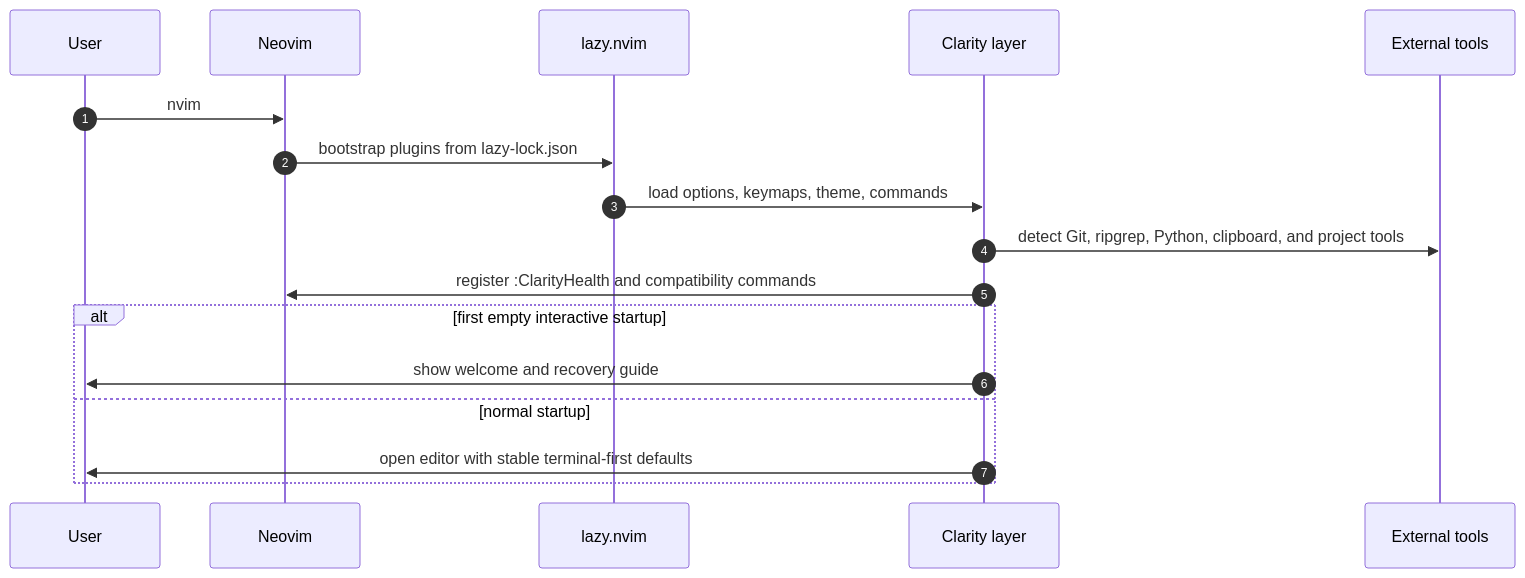
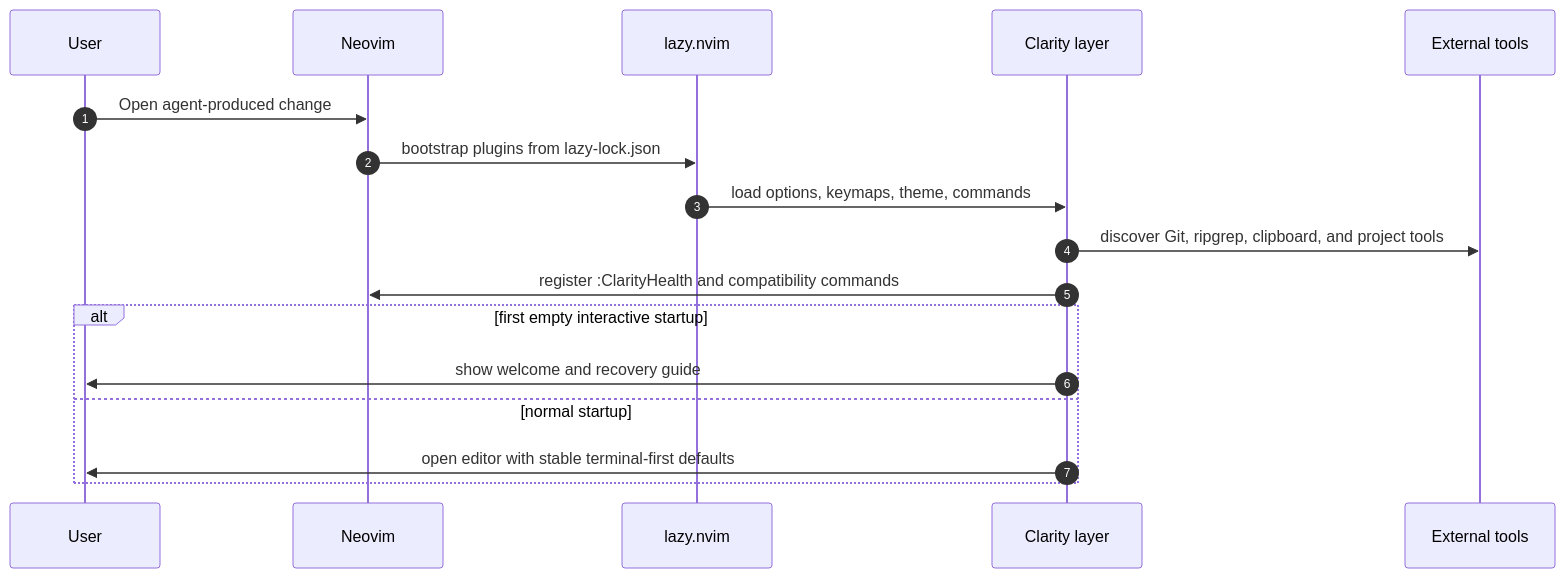
Before and after one commit to Nongfsq/my_nvim_config: the second of 3 diagrams in README.md, drawn with Mermaid. The commit also changed other lines of this file, not shown here.

Commit message:
docs: sharpen Clarity product positioning [skip ci]

````diff
--- a/README.md
+++ b/README.md
@@ -206,20 +204,20 @@
 ```mermaid
 sequenceDiagram
     autonumber
     participant User
     participant NVIM as Neovim
     participant Lazy as lazy.nvim
     participant Clarity as Clarity layer
     participant Tools as External tools
 
-    User->>NVIM: nvim
+    User->>NVIM: Open agent-produced change
     NVIM->>Lazy: bootstrap plugins from lazy-lock.json
     Lazy->>Clarity: load options, keymaps, theme, commands
-    Clarity->>Tools: detect Git, ripgrep, Python, clipboard, and project tools
+    Clarity->>Tools: discover Git, ripgrep, clipboard, and project tools
     Clarity->>NVIM: register :ClarityHealth and compatibility commands
     alt first empty interactive startup
         Clarity->>User: show welcome and recovery guide
     else normal startup
         Clarity->>User: open editor with stable terminal-first defaults
     end
 ```
````
